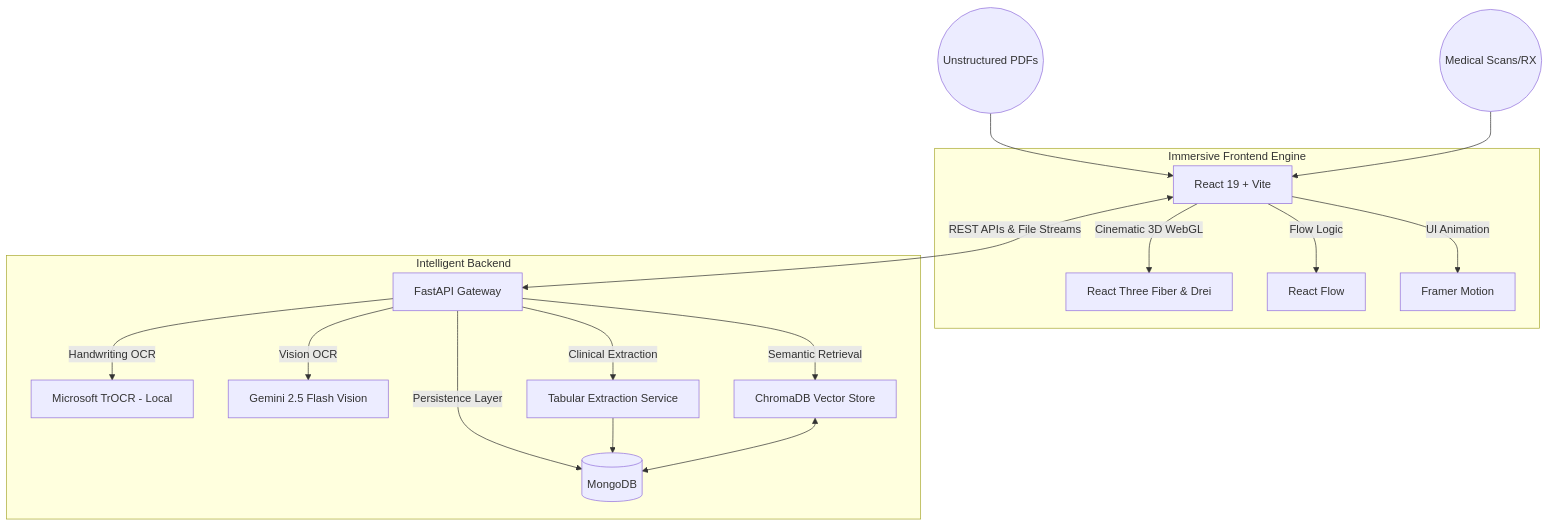
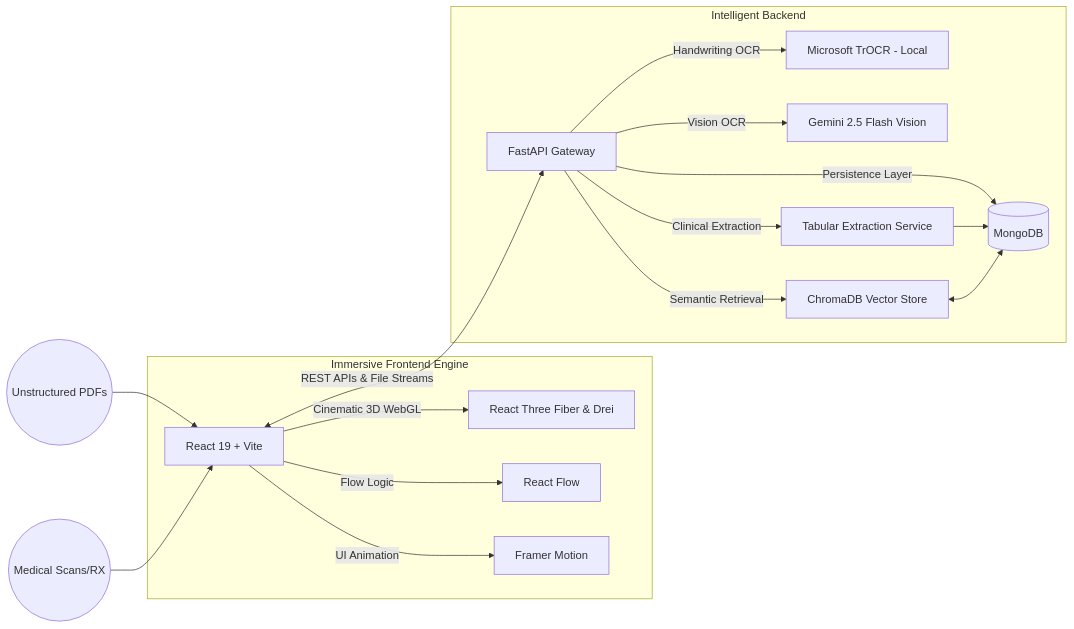
Before and after one commit to sarthaksingh02-sudo/TEST: the diagram in README.md, drawn with Mermaid. The commit also changed other lines of this file, not shown here.

Commit message:
docs: finalize LR mermaid diagram formatting

````diff
--- a/README.md
+++ b/README.md
@@ -32,26 +34,26 @@
 ```mermaid
-graph TD
+graph LR
     subgraph "Immersive Frontend Engine"
         UI[React 19 + Vite] -->|Cinematic 3D WebGL| R3F[React Three Fiber & Drei]
         UI -->|Flow Logic| RF[React Flow]
         UI -->|UI Animation| FM[Framer Motion]
     end
 
     subgraph "Intelligent Backend"
         API[FastAPI Gateway] -->|Handwriting OCR| TrOCR[Microsoft TrOCR - Local]
         API -->|Vision OCR| GV[Gemini 2.5 Flash Vision]
         API -->|Semantic Retrieval| Chroma[ChromaDB Vector Store]
         API -->|Clinical Extraction| Tabular[Tabular Extraction Service]
         
         API -->|Persistence Layer| Mongo[(MongoDB)]
     end
 
     PDF((Unstructured PDFs)) --> UI
     Images((Medical Scans/RX)) --> UI
     
     %% Cross-System Flow
     UI <-->|REST APIs & File Streams| API
     
     Tabular --> Mongo
     Chroma <--> Mongo
 ```
````
